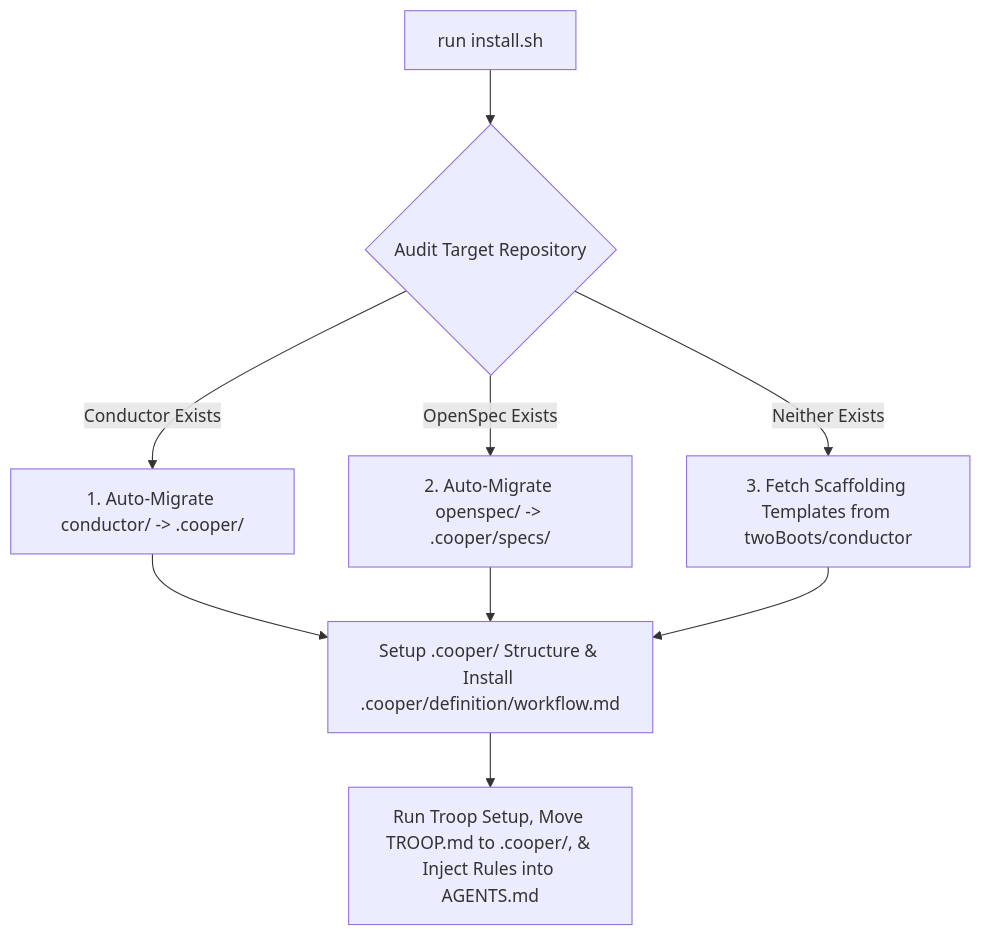
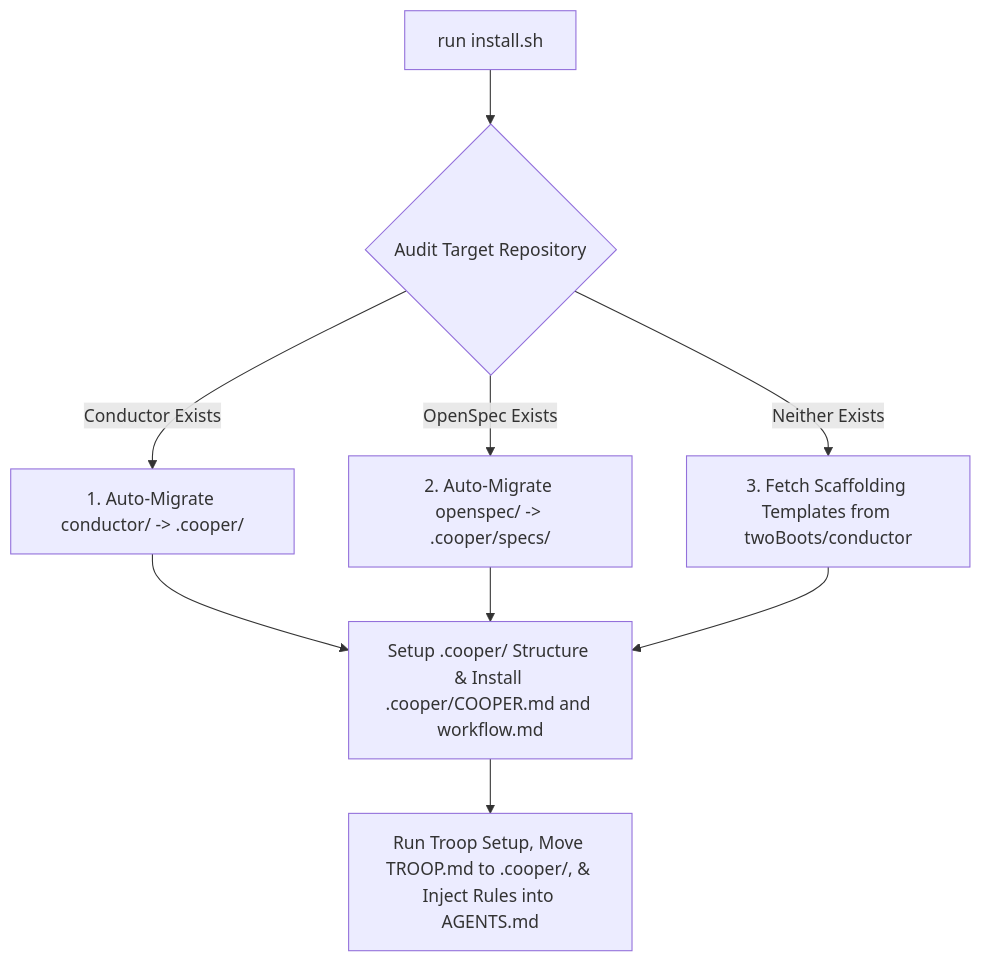
The diagram in docs/INSTALL.md (twoBoots/cooper), drawn with Mermaid before and after one commit. The commit also changed other lines of this file and 6 other files, not shown here.

Commit message:
feat: install .cooper/COOPER.md reference guide during setup

````diff
--- a/docs/INSTALL.md
+++ b/docs/INSTALL.md
@@ -25,14 +25,14 @@
 ```mermaid
 flowchart TD
     A["run install.sh"] --> B{"Audit Target Repository"}
     
     B -->|Conductor Exists| C["1. Auto-Migrate conductor/ -> .cooper/"]
     B -->|OpenSpec Exists| D["2. Auto-Migrate openspec/ -> .cooper/specs/"]
     B -->|Neither Exists| E["3. Fetch Scaffolding Templates from twoBoots/conductor"]
     
-    C --> F["Setup .cooper/ Structure & Install .cooper/definition/workflow.md"]
+    C --> F["Setup .cooper/ Structure & Install .cooper/COOPER.md and workflow.md"]
     D --> F
     E --> F
     
     F --> G["Run Troop Setup, Move TROOP.md to .cooper/, & Inject Rules into AGENTS.md"]
 ```
````
